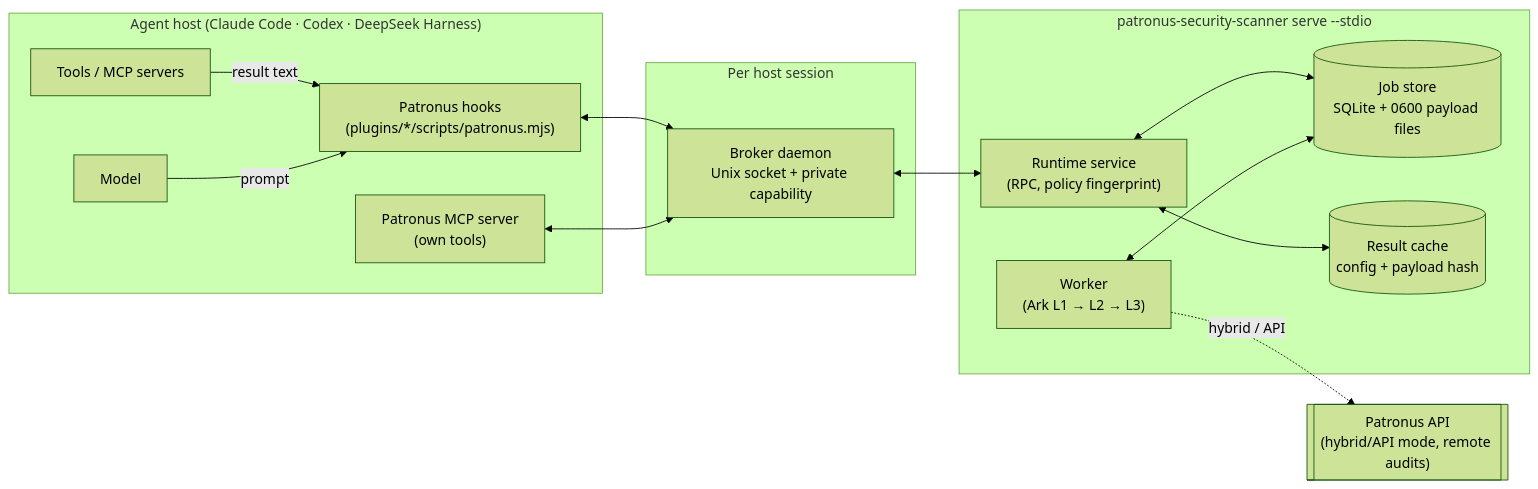
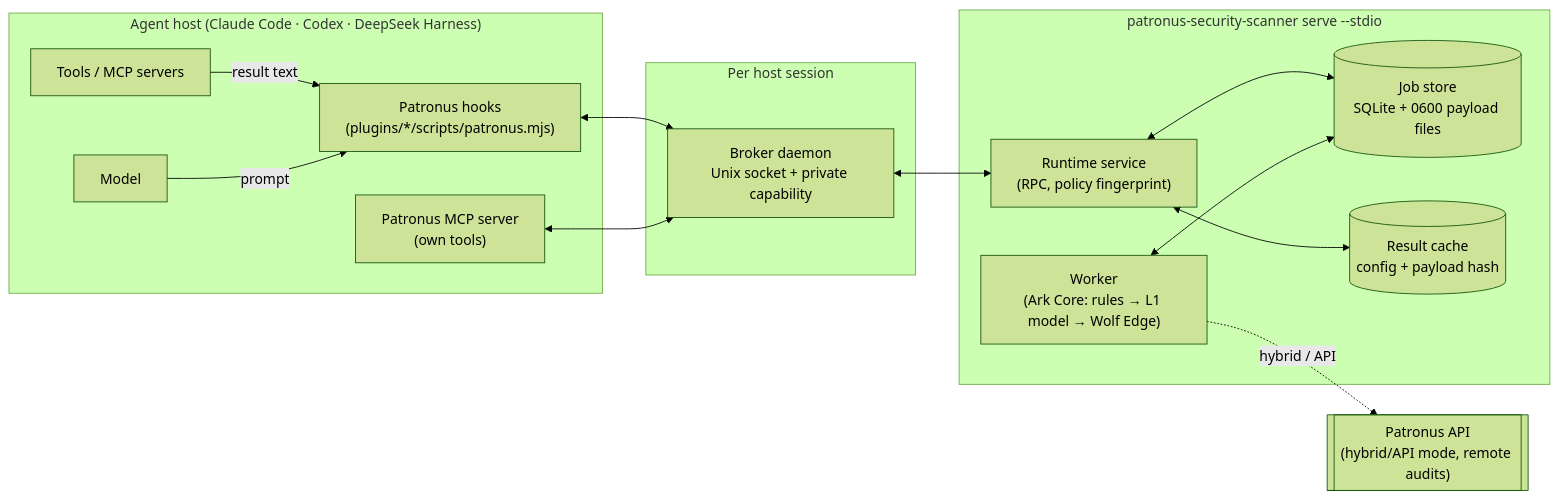
The first of 9 diagrams in docs/runtime-flows.md (patronus-protect/patronus-security-cli), drawn with Mermaid (forest theme) before and after one commit. The commit also changed other lines of this file and 79 other files, not shown here.

````diff
--- a/docs/runtime-flows.md
+++ b/docs/runtime-flows.md
@@ -12,29 +12,29 @@
 ```mermaid
 flowchart LR
   subgraph Host["Agent host (Claude Code · Codex · DeepSeek Harness)"]
     Model["Model"]
     Tools["Tools / MCP servers"]
     Hooks["Patronus hooks<br/>(plugins/*/scripts/patronus.mjs)"]
     MCP["Patronus MCP server<br/>(own tools)"]
   end
   subgraph Session["Per host session"]
     Broker["Broker daemon<br/>Unix socket + private capability"]
   end
   subgraph Local["patronus-security-scanner serve --stdio"]
     Runtime["Runtime service<br/>(RPC, policy fingerprint)"]
-    Worker["Worker<br/>(Ark L1 → L2 → L3)"]
+    Worker["Worker<br/>(Ark Core: rules → L1 model → Wolf Edge)"]
     Store[("Job store<br/>SQLite + 0600 payload files")]
     Cache[("Result cache<br/>config + payload hash")]
   end
   API[["Patronus API<br/>(hybrid/API mode, remote audits)"]]
 
   Tools -- "result text" --> Hooks
   Model -- "prompt" --> Hooks
   Hooks <--> Broker
   MCP <--> Broker
   Broker <--> Runtime
   Runtime <--> Store
   Runtime <--> Cache
   Worker <--> Store
   Worker -. "hybrid / API" .-> API
 ```
````
